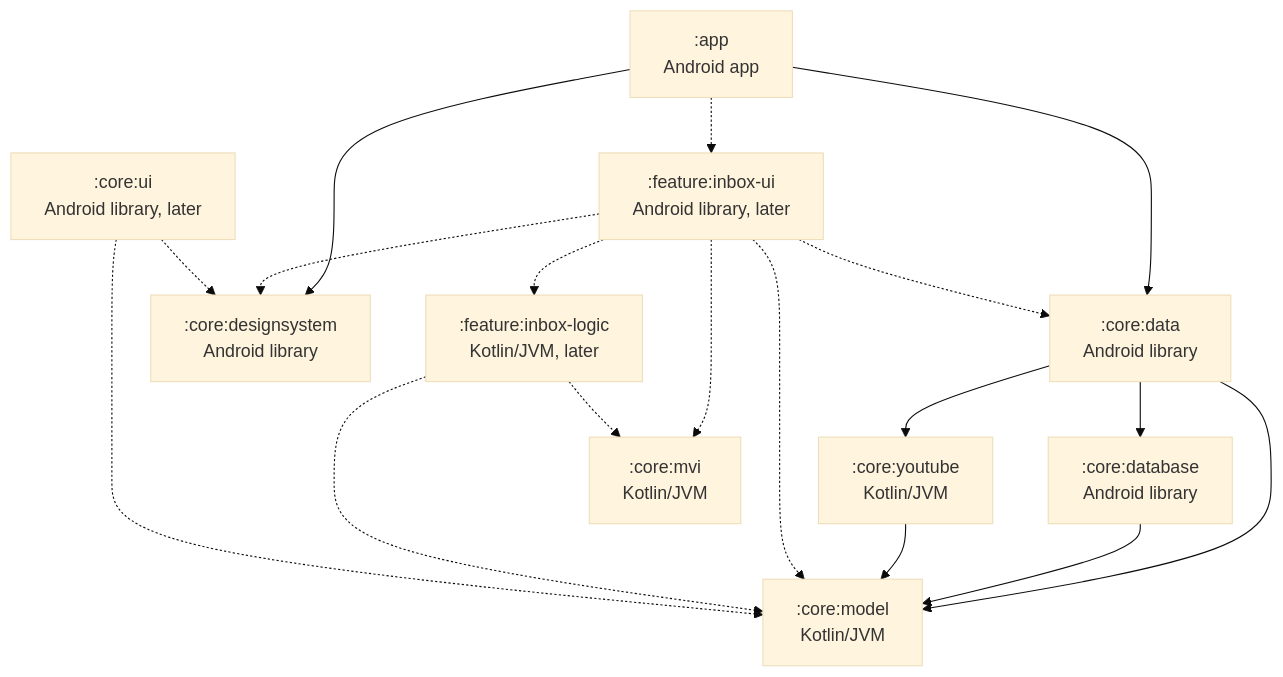
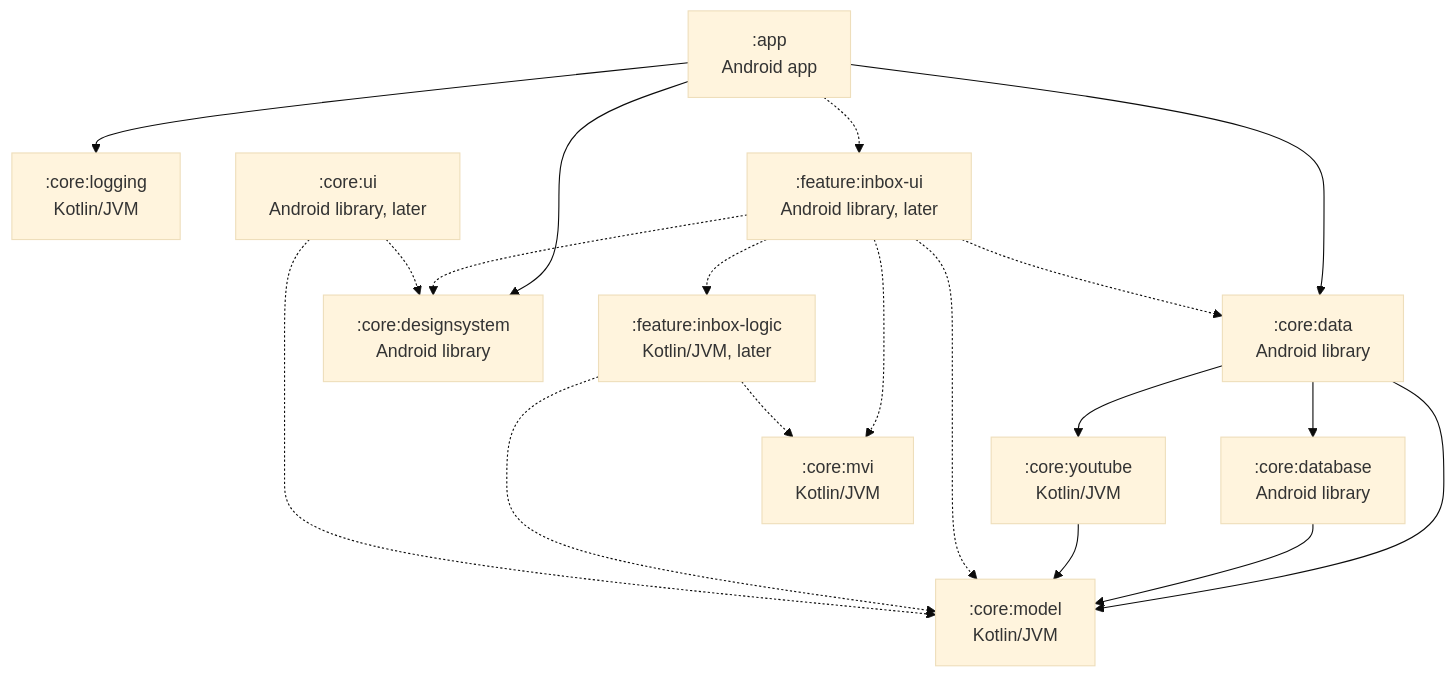
One commit to dewfallapp/dewfall changed the first of 2 diagrams in docs/architecture.md. Above: the diagram before and after it, drawn with Mermaid (base theme). The commit also changed other lines of this file and 2 other files, not shown here.

First line of the commit message:
docs: describe the logger in the architecture, testing and agent docs

````diff
--- a/docs/architecture.md
+++ b/docs/architecture.md
@@ -16,32 +16,34 @@
 ```mermaid
 graph TD
     app[":app<br/>Android app"]
     data[":core:data<br/>Android library"]
     database[":core:database<br/>Android library"]
     designsystem[":core:designsystem<br/>Android library"]
     youtube[":core:youtube<br/>Kotlin/JVM"]
+    logging[":core:logging<br/>Kotlin/JVM"]
     model[":core:model<br/>Kotlin/JVM"]
     mvi[":core:mvi<br/>Kotlin/JVM"]
     coreUi[":core:ui<br/>Android library, later"]
     inboxUi[":feature:inbox-ui<br/>Android library, later"]
     inboxLogic[":feature:inbox-logic<br/>Kotlin/JVM, later"]
 
     app --> data
     app --> designsystem
+    app --> logging
     data --> database
     data --> youtube
     data --> model
     database --> model
     youtube --> model
 
     app -.-> inboxUi
     inboxUi -.-> inboxLogic
     inboxUi -.-> data
     inboxUi -.-> designsystem
     inboxUi -.-> mvi
     inboxUi -.-> model
     inboxLogic -.-> mvi
     inboxLogic -.-> model
     coreUi -.-> designsystem
     coreUi -.-> model
 ```
````
